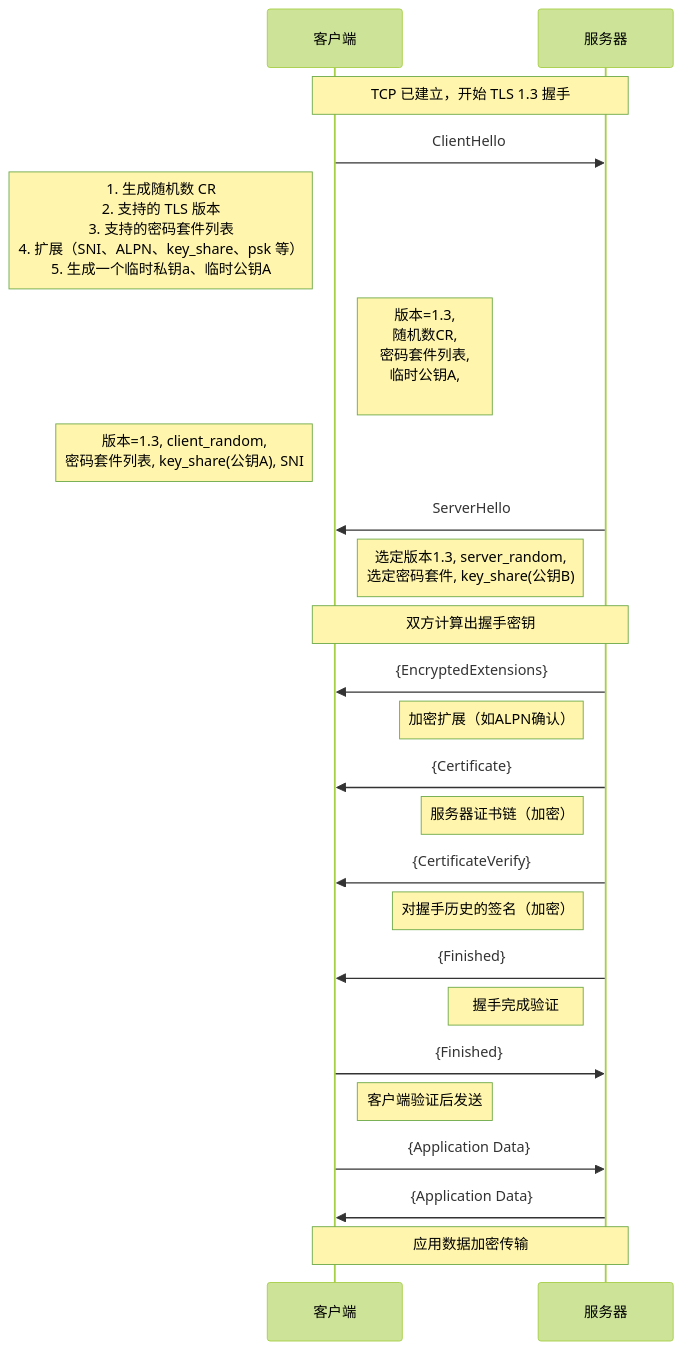
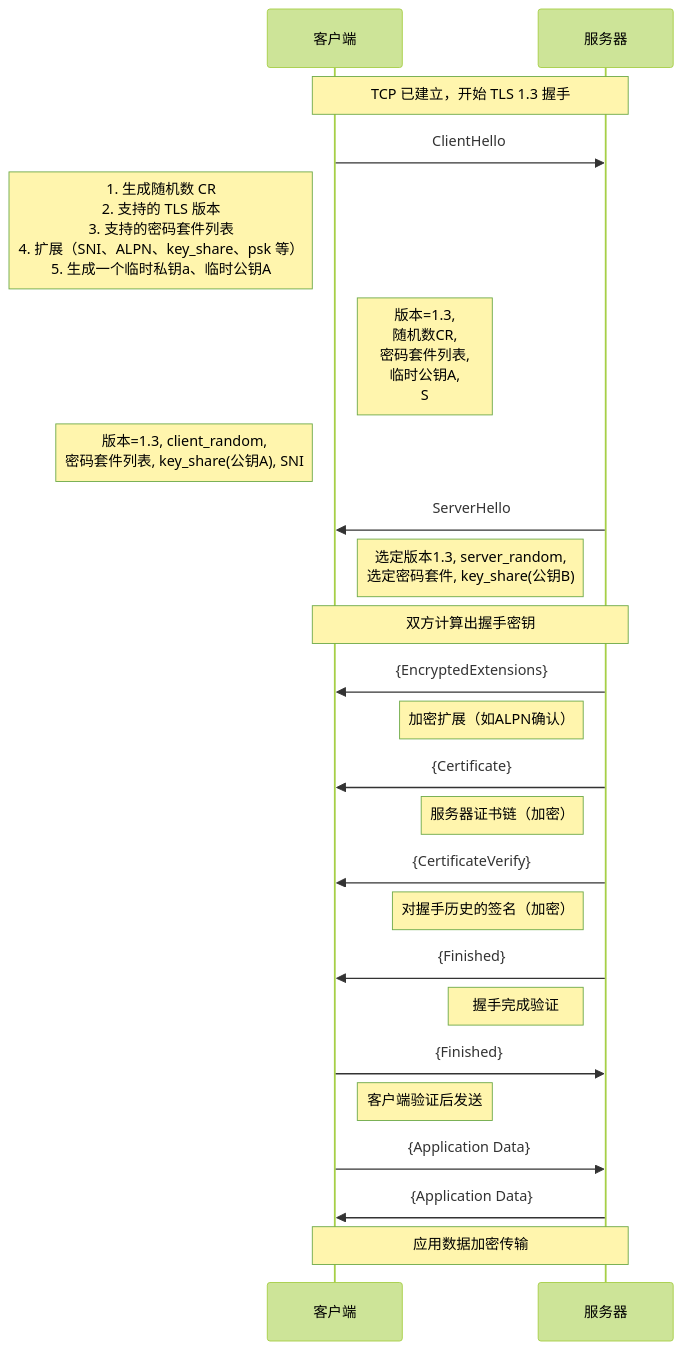
Before and after one commit to HY-10-8/iodraw-files: the diagram in all/TLS-1.3-通用.md, drawn with Mermaid (forest theme).

Commit message:
2026-03-30 17:58:20 update

````diff
--- a/all/TLS-1.3-通用.md
+++ b/all/TLS-1.3-通用.md
@@ -1,36 +1,36 @@
 ```mermaid
 sequenceDiagram
     participant C as 客户端
     participant S as 服务器
 
     Note over C,S: TCP 已建立，开始 TLS 1.3 握手
 
     C->>S: ClientHello
     Note left of C: 1. 生成随机数 CR<br/> 2. 支持的 TLS 版本<br/> 3. 支持的密码套件列表<br/> 4. 扩展（SNI、ALPN、key_share、psk 等）<br/> 5. 生成一个临时私钥a、临时公钥A
-    Note right of C: 版本=1.3,<br/> 随机数CR,<br/> 密码套件列表,<br/> 临时公钥A,<br/>
+    Note right of C: 版本=1.3,<br/> 随机数CR,<br/> 密码套件列表,<br/> 临时公钥A,<br/> S
     Note left of C: 版本=1.3, client_random,<br/> 密码套件列表, key_share(公钥A), SNI
 
     S->>C: ServerHello
     Note left of S: 选定版本1.3, server_random,<br/> 选定密码套件, key_share(公钥B)
 
     Note over C,S: 双方计算出握手密钥
 
     S->>C: {EncryptedExtensions}
     Note left of S: 加密扩展（如ALPN确认）
 
     S->>C: {Certificate}
     Note left of S: 服务器证书链（加密）
 
     S->>C: {CertificateVerify}
     Note left of S: 对握手历史的签名（加密）
 
     S->>C: {Finished}
     Note left of S: 握手完成验证
 
     C->>S: {Finished}
     Note right of C: 客户端验证后发送
 
     C->>S: {Application Data}
     S->>C: {Application Data}
     Note over C,S: 应用数据加密传输
 ```
````
